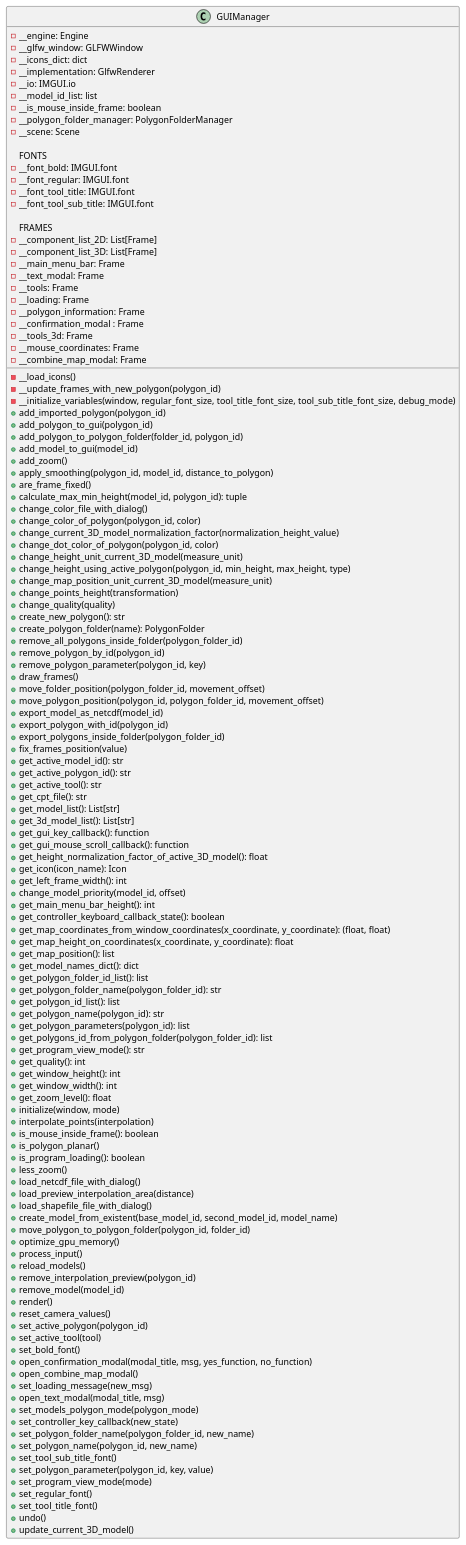
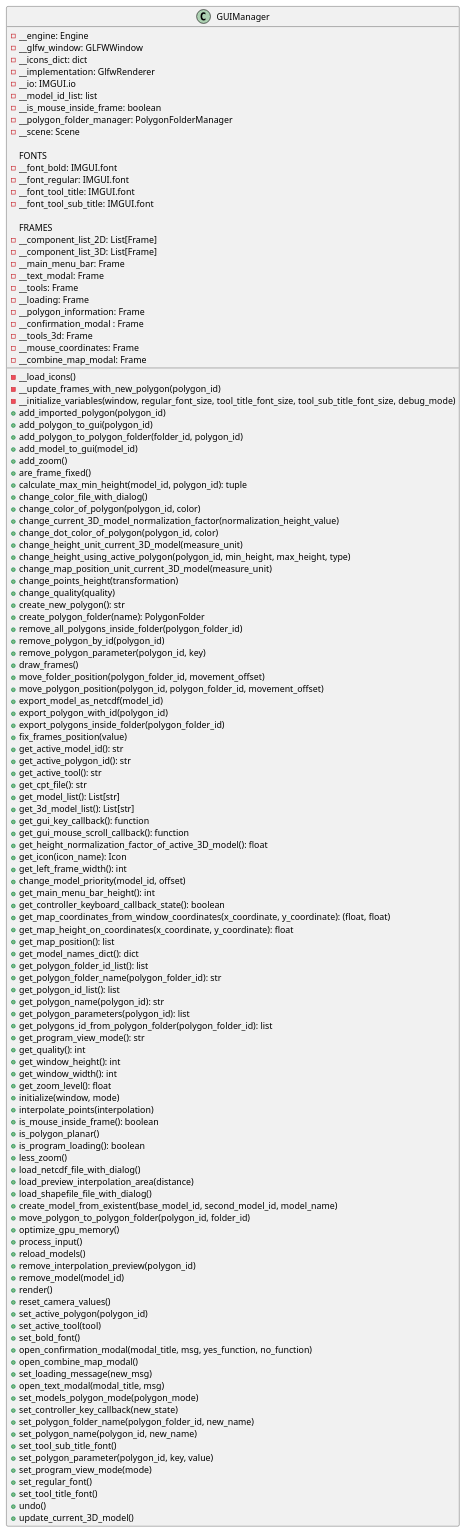
One commit to SergioAlvarezM/Proyecto_de_Memoria changed the diagram in docs/classes/GUIManager.puml. Above: the diagram before and after it, drawn with PlantUML. The commit also changed 14 other files, not shown here.

```diff
--- a/docs/classes/GUIManager.puml
+++ b/docs/classes/GUIManager.puml
@@ -1,131 +1,130 @@
 @startuml
 'https://plantuml.com/class-diagram
 class GUIManager{
     - __engine: Engine
     - __glfw_window: GLFWWindow
     - __icons_dict: dict
     - __implementation: GlfwRenderer
     - __io: IMGUI.io
     - __model_id_list: list
     - __is_mouse_inside_frame: boolean
     - __polygon_folder_manager: PolygonFolderManager
     - __scene: Scene
 
     FONTS
     - __font_bold: IMGUI.font
     - __font_regular: IMGUI.font
     - __font_tool_title: IMGUI.font
     - __font_tool_sub_title: IMGUI.font
 
     FRAMES
     - __component_list_2D: List[Frame]
     - __component_list_3D: List[Frame]
     - __main_menu_bar: Frame
     - __text_modal: Frame
     - __tools: Frame
     - __loading: Frame
     - __polygon_information: Frame
     - __confirmation_modal : Frame
     - __tools_3d: Frame
     - __mouse_coordinates: Frame
     - __combine_map_modal: Frame
 
     - __load_icons()
     - __update_frames_with_new_polygon(polygon_id)
     - __initialize_variables(window, regular_font_size, tool_title_font_size, tool_sub_title_font_size, debug_mode)
     + add_imported_polygon(polygon_id)
     + add_polygon_to_gui(polygon_id)
     + add_polygon_to_polygon_folder(folder_id, polygon_id)
     + add_model_to_gui(model_id)
     + add_zoom()
-    + apply_smoothing(polygon_id, model_id, distance_to_polygon)
     + are_frame_fixed()
     + calculate_max_min_height(model_id, polygon_id): tuple
     + change_color_file_with_dialog()
     + change_color_of_polygon(polygon_id, color)
     + change_current_3D_model_normalization_factor(normalization_height_value)
     + change_dot_color_of_polygon(polygon_id, color)
     + change_height_unit_current_3D_model(measure_unit)
     + change_height_using_active_polygon(polygon_id, min_height, max_height, type)
     + change_map_position_unit_current_3D_model(measure_unit)
     + change_points_height(transformation)
     + change_quality(quality)
     + create_new_polygon(): str
     + create_polygon_folder(name): PolygonFolder
     + remove_all_polygons_inside_folder(polygon_folder_id)
     + remove_polygon_by_id(polygon_id)
     + remove_polygon_parameter(polygon_id, key)
     + draw_frames()
     + move_folder_position(polygon_folder_id, movement_offset)
     + move_polygon_position(polygon_id, polygon_folder_id, movement_offset)
     + export_model_as_netcdf(model_id)
     + export_polygon_with_id(polygon_id)
     + export_polygons_inside_folder(polygon_folder_id)
     + fix_frames_position(value)
     + get_active_model_id(): str
     + get_active_polygon_id(): str
     + get_active_tool(): str
     + get_cpt_file(): str
     + get_model_list(): List[str]
     + get_3d_model_list(): List[str]
     + get_gui_key_callback(): function
     + get_gui_mouse_scroll_callback(): function
     + get_height_normalization_factor_of_active_3D_model(): float
     + get_icon(icon_name): Icon
     + get_left_frame_width(): int
     + change_model_priority(model_id, offset)
     + get_main_menu_bar_height(): int
     + get_controller_keyboard_callback_state(): boolean
     + get_map_coordinates_from_window_coordinates(x_coordinate, y_coordinate): (float, float)
     + get_map_height_on_coordinates(x_coordinate, y_coordinate): float
     + get_map_position(): list
     + get_model_names_dict(): dict
     + get_polygon_folder_id_list(): list
     + get_polygon_folder_name(polygon_folder_id): str
     + get_polygon_id_list(): list
     + get_polygon_name(polygon_id): str
     + get_polygon_parameters(polygon_id): list
     + get_polygons_id_from_polygon_folder(polygon_folder_id): list
     + get_program_view_mode(): str
     + get_quality(): int
     + get_window_height(): int
     + get_window_width(): int
     + get_zoom_level(): float
     + initialize(window, mode)
     + interpolate_points(interpolation)
     + is_mouse_inside_frame(): boolean
     + is_polygon_planar()
     + is_program_loading(): boolean
     + less_zoom()
     + load_netcdf_file_with_dialog()
     + load_preview_interpolation_area(distance)
     + load_shapefile_file_with_dialog()
     + create_model_from_existent(base_model_id, second_model_id, model_name)
     + move_polygon_to_polygon_folder(polygon_id, folder_id)
     + optimize_gpu_memory()
     + process_input()
     + reload_models()
     + remove_interpolation_preview(polygon_id)
     + remove_model(model_id)
     + render()
     + reset_camera_values()
     + set_active_polygon(polygon_id)
     + set_active_tool(tool)
     + set_bold_font()
     + open_confirmation_modal(modal_title, msg, yes_function, no_function)
     + open_combine_map_modal()
     + set_loading_message(new_msg)
     + open_text_modal(modal_title, msg)
     + set_models_polygon_mode(polygon_mode)
     + set_controller_key_callback(new_state)
     + set_polygon_folder_name(polygon_folder_id, new_name)
     + set_polygon_name(polygon_id, new_name)
     + set_tool_sub_title_font()
     + set_polygon_parameter(polygon_id, key, value)
     + set_program_view_mode(mode)
     + set_regular_font()
     + set_tool_title_font()
     + undo()
     + update_current_3D_model()
 }
 @enduml
```
